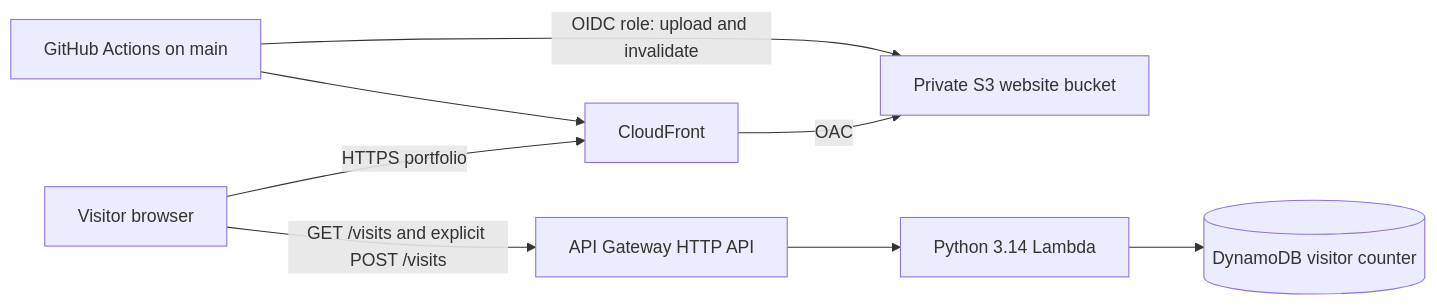
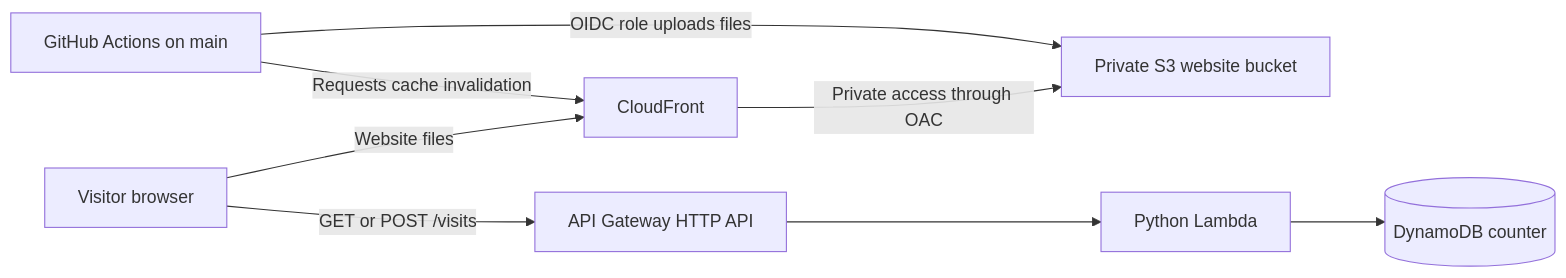
Before and after one commit to Jeysibn/cloud-resume-challenge: the diagram in docs/architecture.md, drawn with Mermaid. The commit also changed other lines of this file and 7 other files, not shown here.

````diff
--- a/docs/architecture.md
+++ b/docs/architecture.md
@@ -7,18 +7,18 @@
 ```mermaid
 flowchart LR
-    U[Visitor browser]
+    B[Visitor browser]
     CF[CloudFront]
     S3[Private S3 website bucket]
-    APIGW[API Gateway HTTP API]
-    L[Python 3.14 Lambda]
-    DDB[(DynamoDB visitor counter)]
+    API[API Gateway HTTP API]
+    L[Python Lambda]
+    DB[(DynamoDB counter)]
     GH[GitHub Actions on main]
 
-    U -->|HTTPS portfolio| CF
-    CF -->|OAC| S3
-    U -->|GET /visits and explicit POST /visits| APIGW
-    APIGW --> L
-    L --> DDB
-    GH -->|OIDC role: upload and invalidate| S3
-    GH --> CF
+    B -->|Website files| CF
+    CF -->|Private access through OAC| S3
+    B -->|GET or POST /visits| API
+    API --> L
+    L --> DB
+    GH -->|OIDC role uploads files| S3
+    GH -->|Requests cache invalidation| CF
 ```
````
